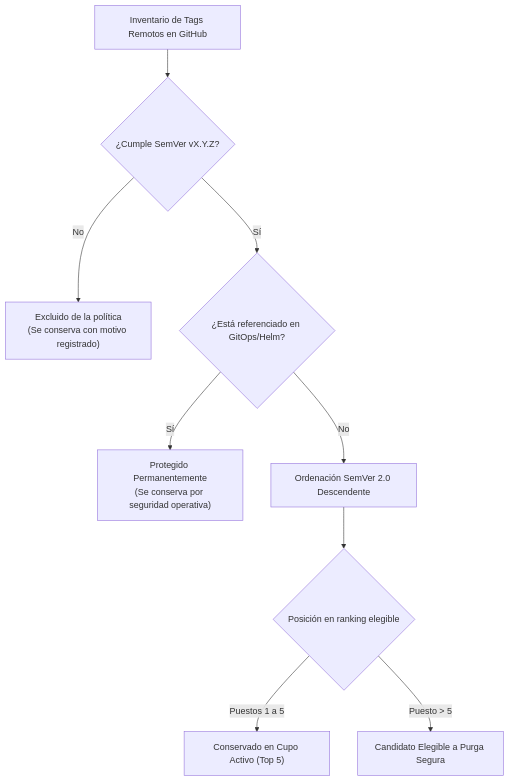
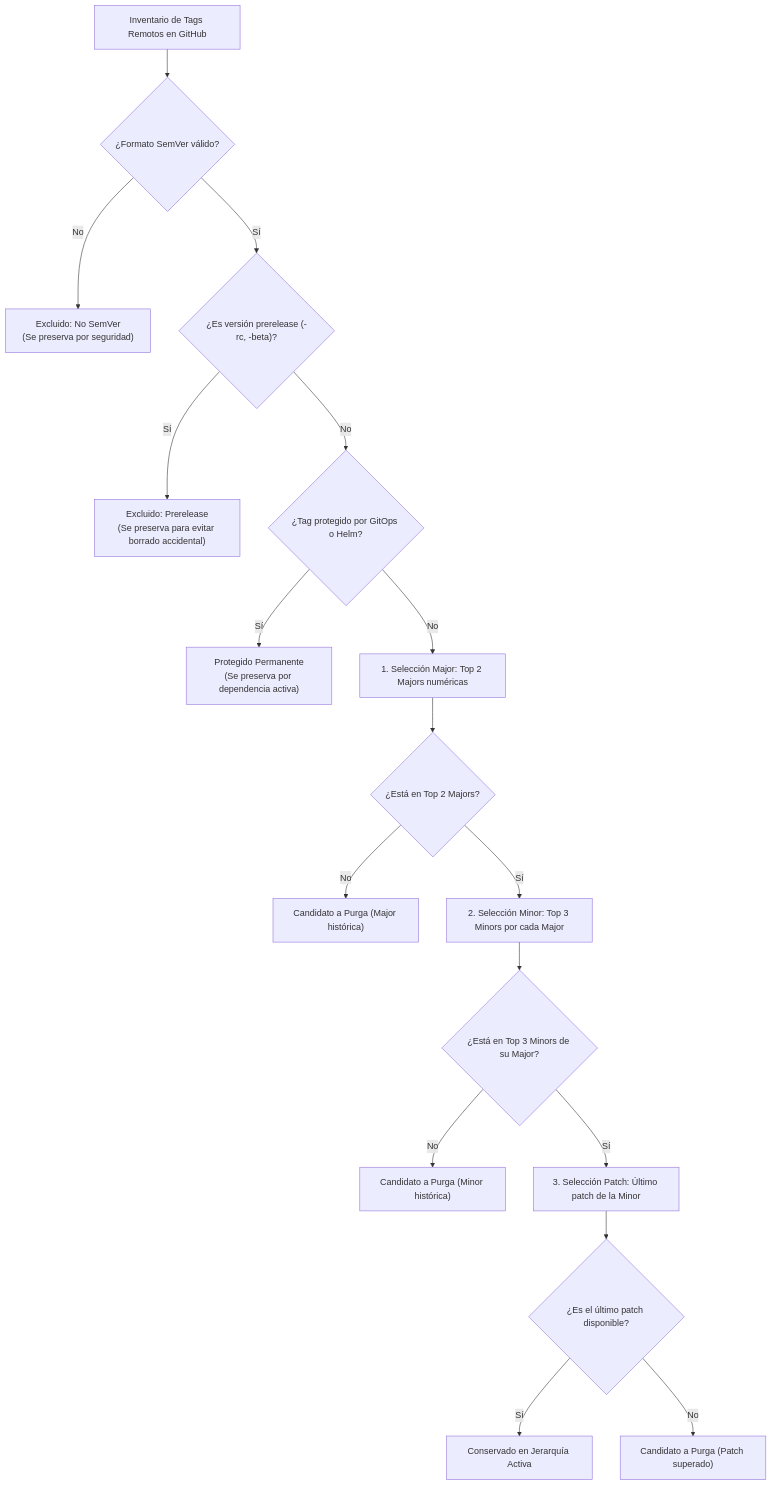
Before and after one commit to rocapellino/pokedex: the diagram in docs/operations/TAG_RETENTION_POLICY.md, drawn with Mermaid. The commit also changed other lines of this file and 9 other files, not shown here.

Commit message:
feat(release): implementar política de retención jerárquica de tags SemVer (Opción B)

````diff
--- a/docs/operations/TAG_RETENTION_POLICY.md
+++ b/docs/operations/TAG_RETENTION_POLICY.md
@@ -18,11 +20,19 @@
 ```mermaid
 flowchart TD
-    A["Inventario de Tags Remotos en GitHub"] --> B{"¿Cumple SemVer vX.Y.Z?"}
-    B -->|No| C["Excluido de la política<br/>(Se conserva con motivo registrado)"]
-    B -->|Sí| D{"¿Está referenciado en GitOps/Helm?"}
-    D -->|Sí| E["Protegido Permanentemente<br/>(Se conserva por seguridad operativa)"]
-    D -->|No| F["Ordenación SemVer 2.0 Descendente"]
-    F --> G{"Posición en ranking elegible"}
-    G -->|Puestos 1 a 5| H["Conservado en Cupo Activo (Top 5)"]
-    G -->|Puesto > 5| I["Candidato Elegible a Purga Segura"]
+    A["Inventario de Tags Remotos en GitHub"] --> B{"¿Formato SemVer válido?"}
+    B -->|No| C["Excluido: No SemVer<br/>(Se preserva por seguridad)"]
+    B -->|Sí| D{"¿Es versión prerelease (-rc, -beta)?"}
+    D -->|Sí| E["Excluido: Prerelease<br/>(Se preserva para evitar borrado accidental)"]
+    D -->|No| F{"¿Tag protegido por GitOps o Helm?"}
+    F -->|Sí| G["Protegido Permanente<br/>(Se preserva por dependencia activa)"]
+    F -->|No| H["1. Selección Major: Top 2 Majors numéricas"]
+    H --> I{"¿Está en Top 2 Majors?"}
+    I -->|No| J["Candidato a Purga (Major histórica)"]
+    I -->|Sí| K["2. Selección Minor: Top 3 Minors por cada Major"]
+    K --> L{"¿Está en Top 3 Minors de su Major?"}
+    L -->|No| M["Candidato a Purga (Minor histórica)"]
+    L -->|Sí| N["3. Selección Patch: Último patch de la Minor"]
+    N --> O{"¿Es el último patch disponible?"}
+    O -->|Sí| P["Conservado en Jerarquía Activa"]
+    O -->|No| Q["Candidato a Purga (Patch superado)"]
 ```
````
